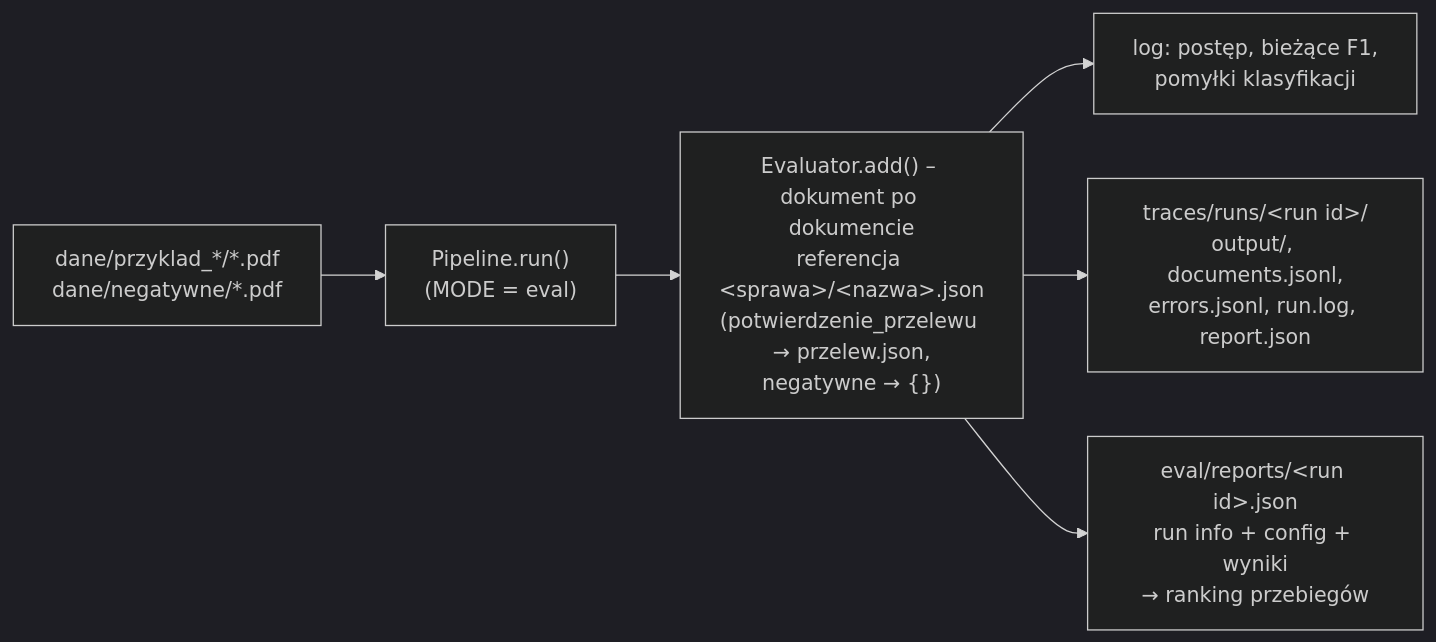
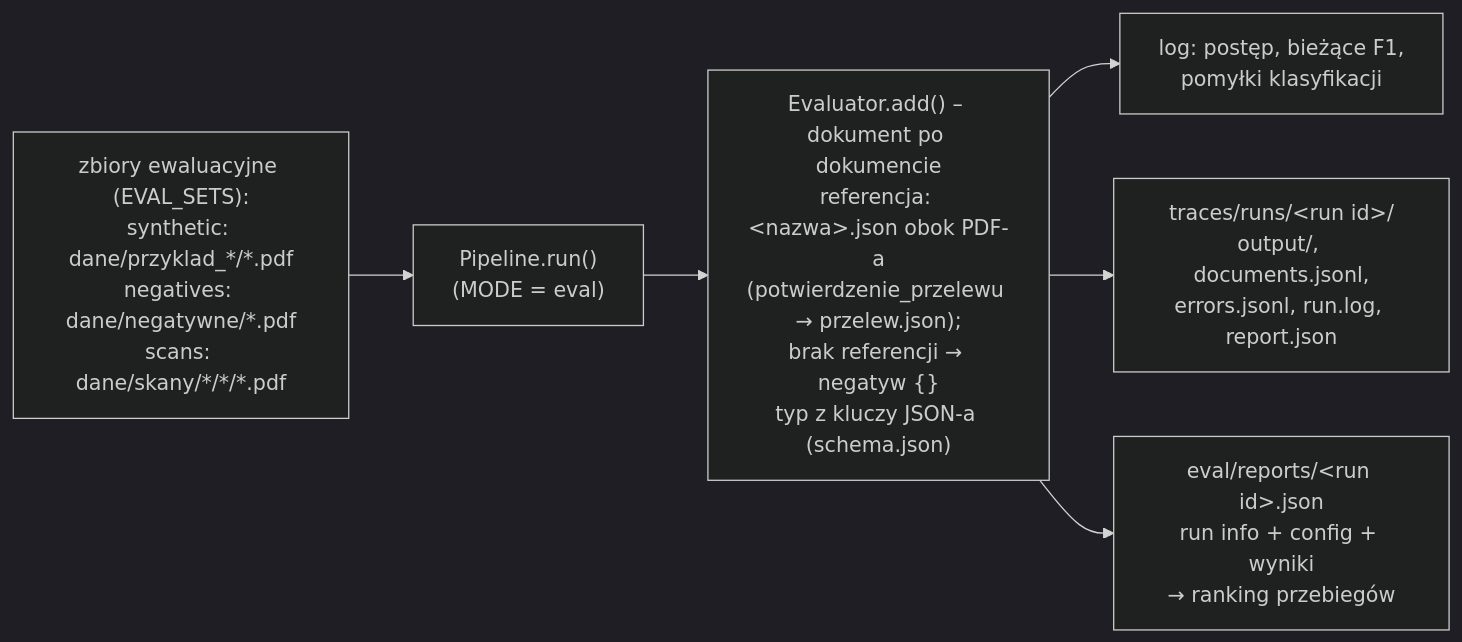
The fifth of 5 diagrams in docs/architecture.md (witold-nowogorski/hacknation--2026), drawn with Mermaid (dark theme) before and after one commit. The commit also changed other lines of this file and 13 other files, not shown here.

First line of the commit message:
Add evaluation sets, per-set scores and output schemas

````diff
--- a/docs/architecture.md
+++ b/docs/architecture.md
@@ -160,8 +161,8 @@
 ```mermaid
 flowchart LR
-    D["dane/przyklad_*/*.pdf<br/>dane/negatywne/*.pdf"] --> P["Pipeline.run()<br/>(MODE = eval)"]
-    P --> CMP["Evaluator.add() – dokument po dokumencie<br/>referencja #lt;sprawa#gt;/#lt;nazwa#gt;.json<br/>(potwierdzenie_przelewu → przelew.json,<br/>negatywne → {})"]
+    D["zbiory ewaluacyjne (EVAL_SETS):<br/>synthetic: dane/przyklad_*/*.pdf<br/>negatives: dane/negatywne/*.pdf<br/>scans: dane/skany/*/*/*.pdf"] --> P["Pipeline.run()<br/>(MODE = eval)"]
+    P --> CMP["Evaluator.add() – dokument po dokumencie<br/>referencja: #lt;nazwa#gt;.json obok PDF-a<br/>(potwierdzenie_przelewu → przelew.json);<br/>brak referencji → negatyw {}<br/>typ z kluczy JSON-a (schema.json)"]
     CMP --> LOG["log: postęp, bieżące F1,<br/>pomyłki klasyfikacji"]
     CMP --> RUN["traces/runs/#lt;run id#gt;/<br/>output/, documents.jsonl,<br/>errors.jsonl, run.log, report.json"]
     CMP --> REP["eval/reports/#lt;run id#gt;.json<br/>run info + config + wyniki<br/>→ ranking przebiegów"]
 ```
````
